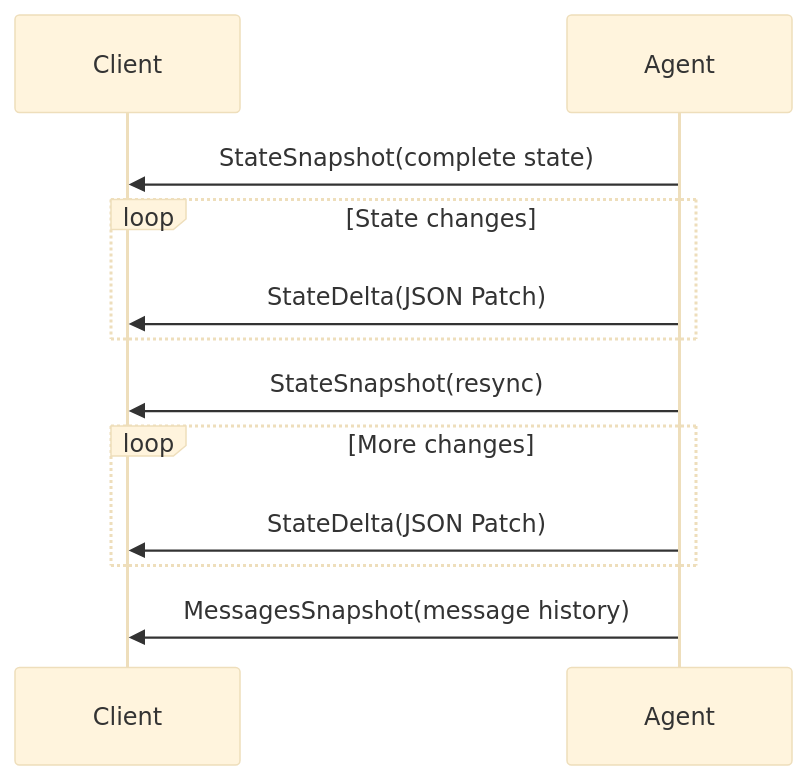
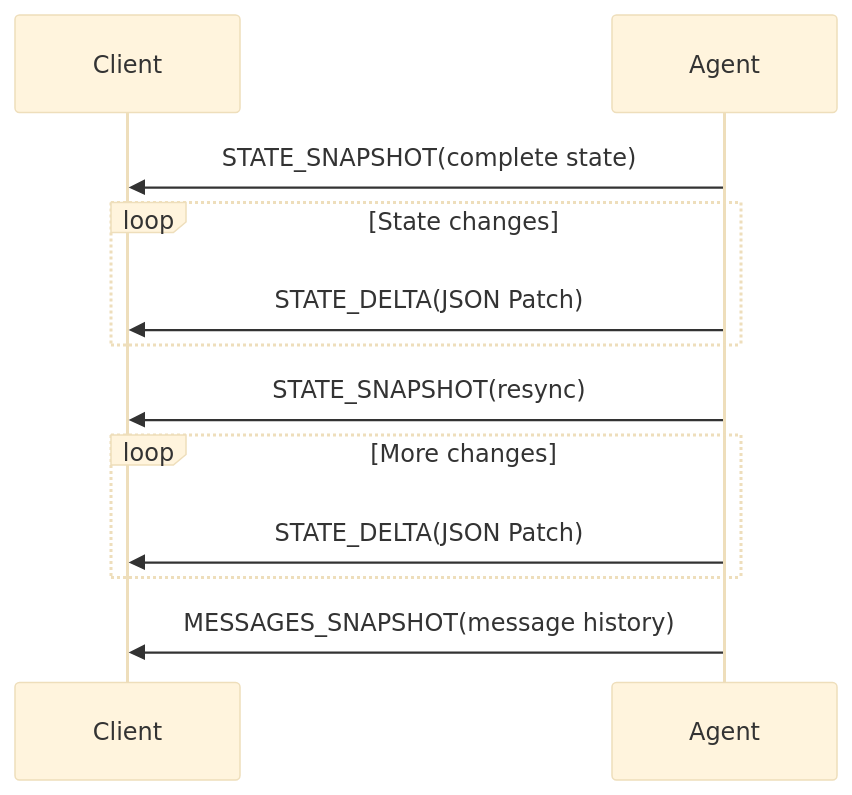
The seventh of 12 diagrams in content/blog/en/ag-ui-protocol.mdx (yoichiozaki/yoichiozaki.github.io), drawn with Mermaid (base theme) before and after one commit. The commit also changed other lines of this file and 88 other files, not shown here.

````diff
--- a/content/blog/en/ag-ui-protocol.mdx
+++ b/content/blog/en/ag-ui-protocol.mdx
@@ -297,14 +302,14 @@
 ```mermaid
 sequenceDiagram
     participant C as Client
     participant A as Agent
-    A->>C: StateSnapshot(complete state)
+    A->>C: STATE_SNAPSHOT(complete state)
     loop State changes
-        A->>C: StateDelta(JSON Patch)
+        A->>C: STATE_DELTA(JSON Patch)
     end
-    A->>C: StateSnapshot(resync)
+    A->>C: STATE_SNAPSHOT(resync)
     loop More changes
-        A->>C: StateDelta(JSON Patch)
+        A->>C: STATE_DELTA(JSON Patch)
     end
-    A->>C: MessagesSnapshot(message history)
+    A->>C: MESSAGES_SNAPSHOT(message history)
 ```
````
